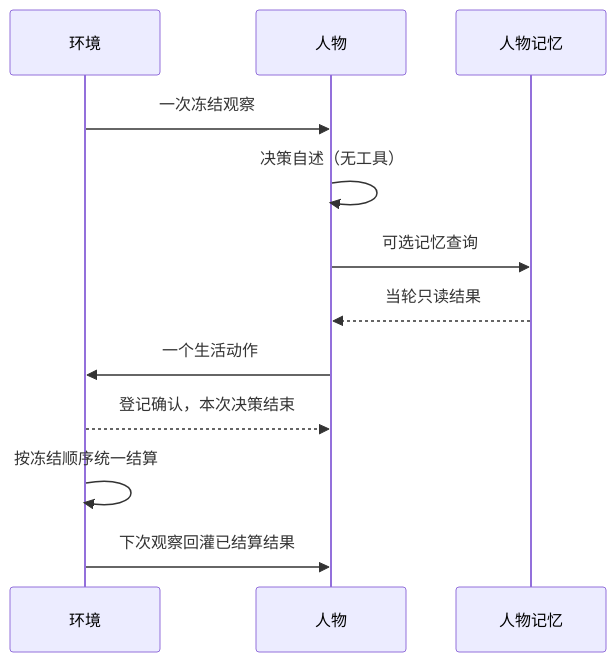
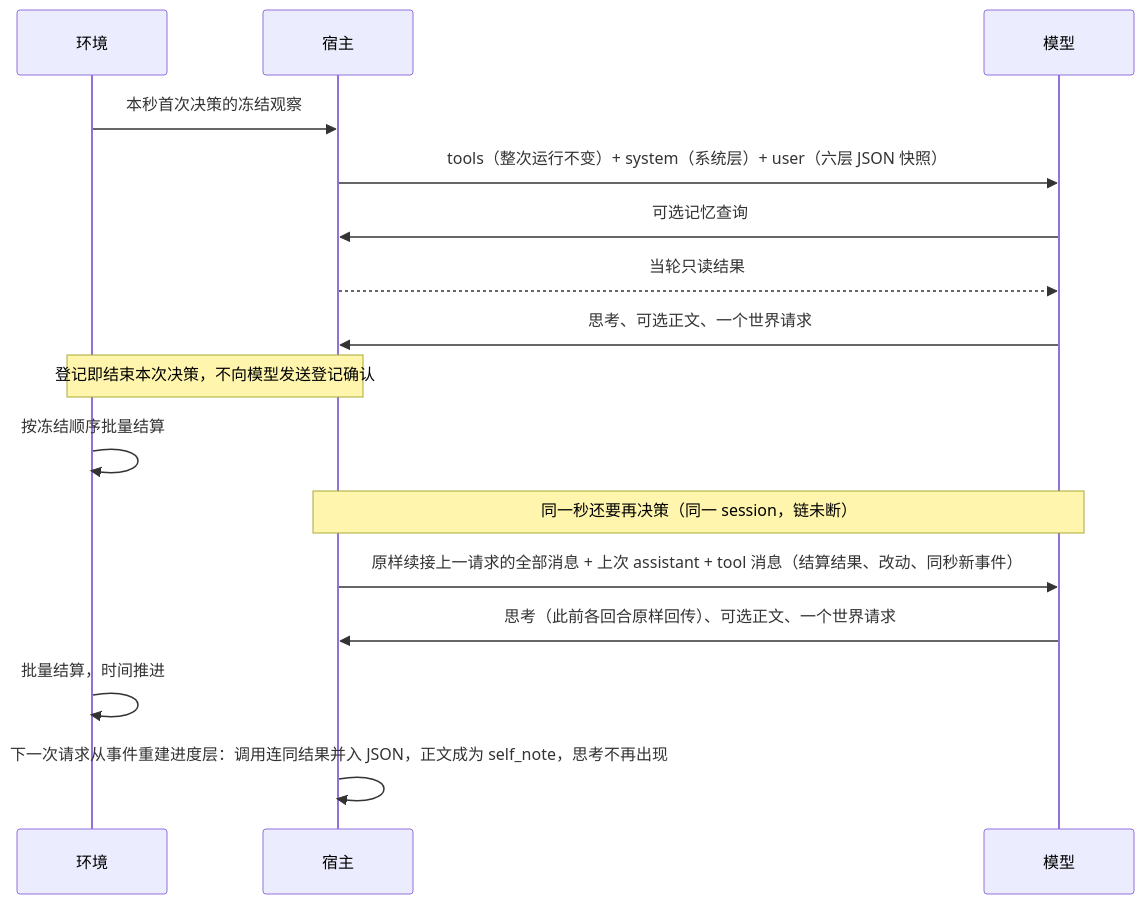
Before and after one commit to HoldThatThgt/WorldMock: the diagram in docs/dev/SPEC-decision-context.md, drawn with Mermaid. The commit also changed other lines of this file and 3 other files, not shown here.

````diff
--- a/docs/dev/SPEC-decision-context.md
+++ b/docs/dev/SPEC-decision-context.md
@@ -12,14 +13,18 @@
 ```mermaid
 sequenceDiagram
     participant W as 环境
-    participant A as 人物
-    participant M as 人物记忆
-    W->>A: 一次冻结观察
-    A->>A: 决策自述（无工具）
-    A->>M: 可选记忆查询
-    M-->>A: 当轮只读结果
-    A->>W: 一个生活动作
-    W-->>A: 登记确认，本次决策结束
-    W->>W: 按冻结顺序统一结算
-    W->>A: 下次观察回灌已结算结果
+    participant H as 宿主
+    participant L as 模型
+    W->>H: 本秒首次决策的冻结观察
+    H->>L: tools（整次运行不变）+ system（系统层）+ user（六层 JSON 快照）
+    L->>H: 可选记忆查询
+    H-->>L: 当轮只读结果
+    L->>H: 思考、可选正文、一个世界请求
+    Note over H,W: 登记即结束本次决策，不向模型发送登记确认
+    W->>W: 按冻结顺序批量结算
+    Note over H,L: 同一秒还要再决策（同一 session，链未断）
+    H->>L: 原样续接上一请求的全部消息 + 上次 assistant + tool 消息（结算结果、改动、同秒新事件）
+    L->>H: 思考（此前各回合原样回传）、可选正文、一个世界请求
+    W->>W: 批量结算，时间推进
+    H->>H: 下一次请求从事件重建进度层：调用连同结果并入 JSON，正文成为 self_note，思考不再出现
 ```
````
